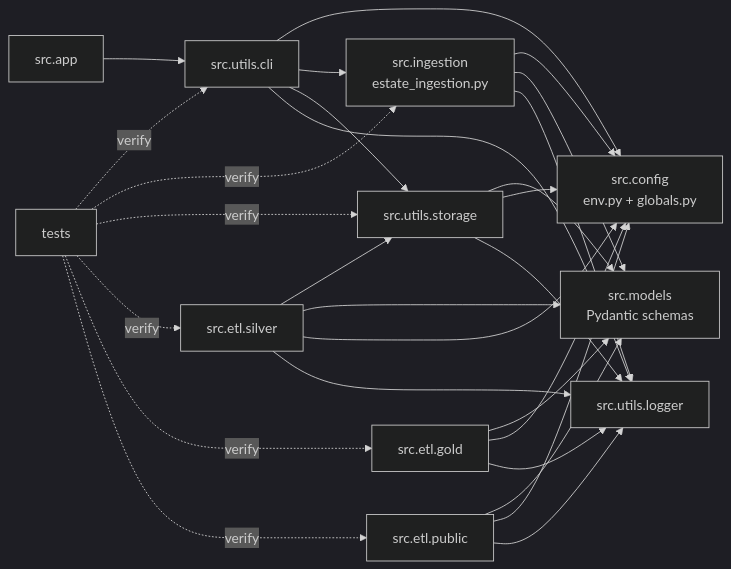
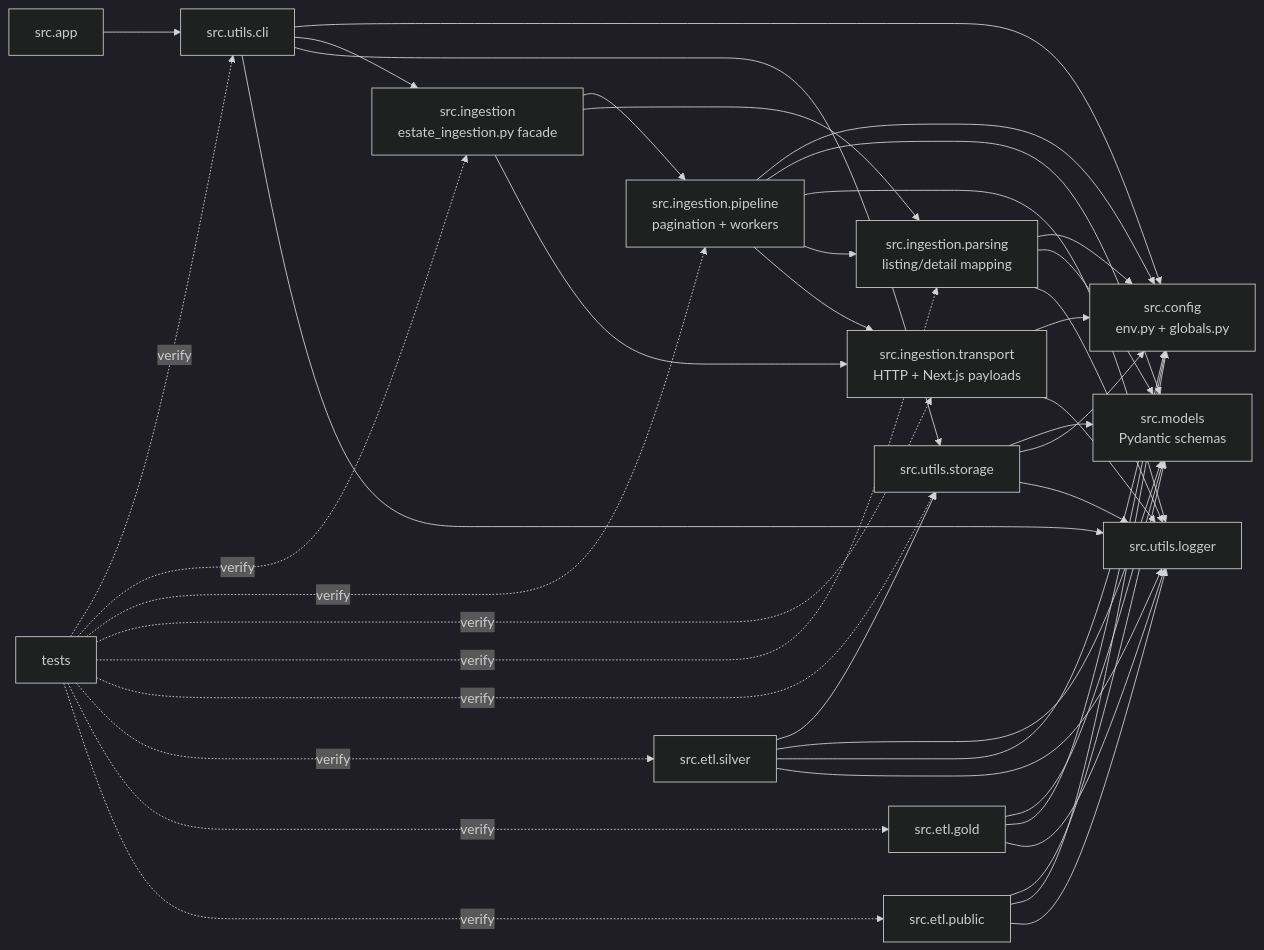
One commit to bi3lu/polish-real-estate-price-aggregates changed the diagram in docs/component-diagram.md. Above: the diagram before and after it, drawn with Mermaid (dark theme). The commit also changed other lines of this file and 4 other files, not shown here.

````diff
--- a/docs/component-diagram.md
+++ b/docs/component-diagram.md
@@ -3,48 +3,67 @@
 ```mermaid
 flowchart LR
     app[src.app]
     cli[src.utils.cli]
     config[src.config<br/>env.py + globals.py]
-    ingestion[src.ingestion<br/>estate_ingestion.py]
+    ingestion_facade[src.ingestion<br/>estate_ingestion.py facade]
+    ingestion_pipeline[src.ingestion.pipeline<br/>pagination + workers]
+    ingestion_transport[src.ingestion.transport<br/>HTTP + Next.js payloads]
+    ingestion_parsing[src.ingestion.parsing<br/>listing/detail mapping]
     storage[src.utils.storage]
     logger[src.utils.logger]
     models[src.models<br/>Pydantic schemas]
     silver[src.etl.silver]
     gold[src.etl.gold]
     public[src.etl.public]
     tests[tests]
 
     app --> cli
     cli --> config
-    cli --> ingestion
+    cli --> ingestion_facade
     cli --> storage
     cli --> logger
 
-    ingestion --> config
-    ingestion --> models
-    ingestion --> logger
+    ingestion_facade --> ingestion_pipeline
+    ingestion_facade --> ingestion_parsing
+    ingestion_facade --> ingestion_transport
+
+    ingestion_pipeline --> config
+    ingestion_pipeline --> models
+    ingestion_pipeline --> logger
+    ingestion_pipeline --> ingestion_parsing
+    ingestion_pipeline --> ingestion_transport
+
+    ingestion_transport --> config
+    ingestion_transport --> logger
+
+    ingestion_parsing --> config
+    ingestion_parsing --> models
+    ingestion_parsing --> logger
 
     storage --> models
     storage --> config
     storage --> logger
 
     silver --> storage
     silver --> models
     silver --> config
     silver --> logger
 
     gold --> models
     gold --> config
     gold --> logger
 
     public --> models
     public --> config
     public --> logger
 
     tests -. verify .-> cli
-    tests -. verify .-> ingestion
+    tests -. verify .-> ingestion_facade
+    tests -. verify .-> ingestion_pipeline
+    tests -. verify .-> ingestion_transport
+    tests -. verify .-> ingestion_parsing
     tests -. verify .-> storage
     tests -. verify .-> silver
     tests -. verify .-> gold
     tests -. verify .-> public
 ```
````
